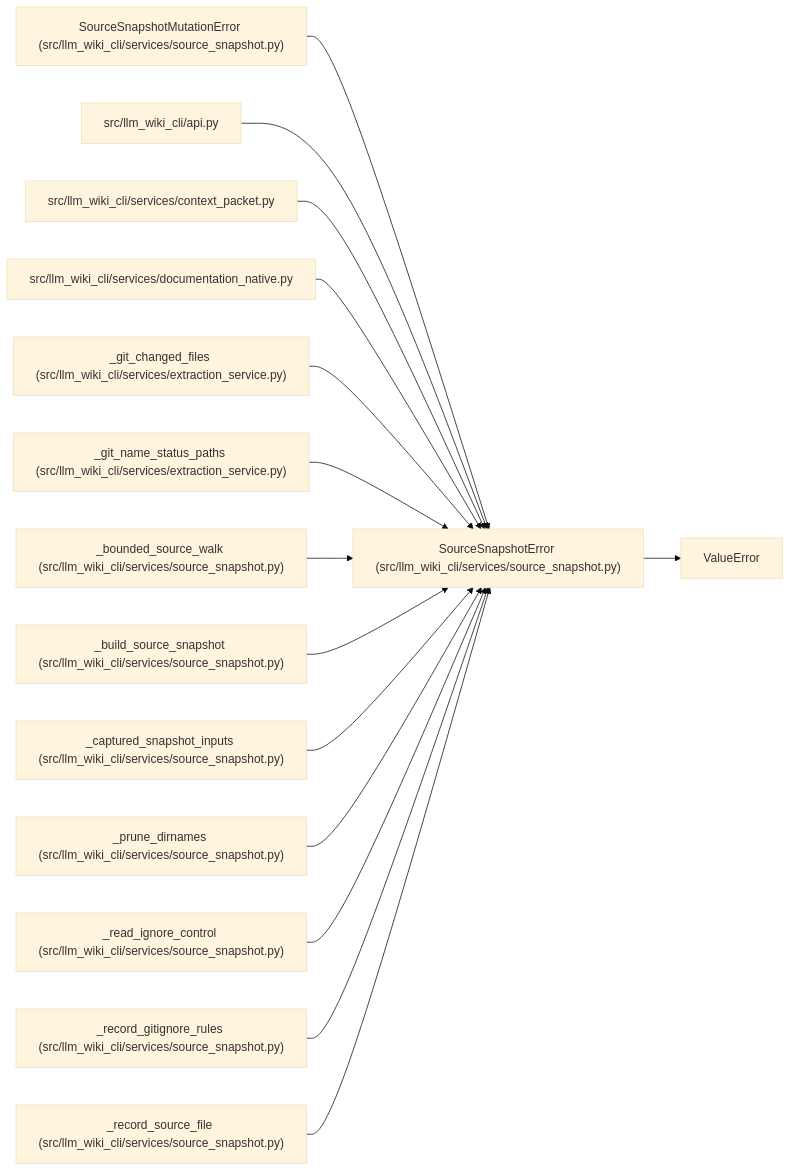
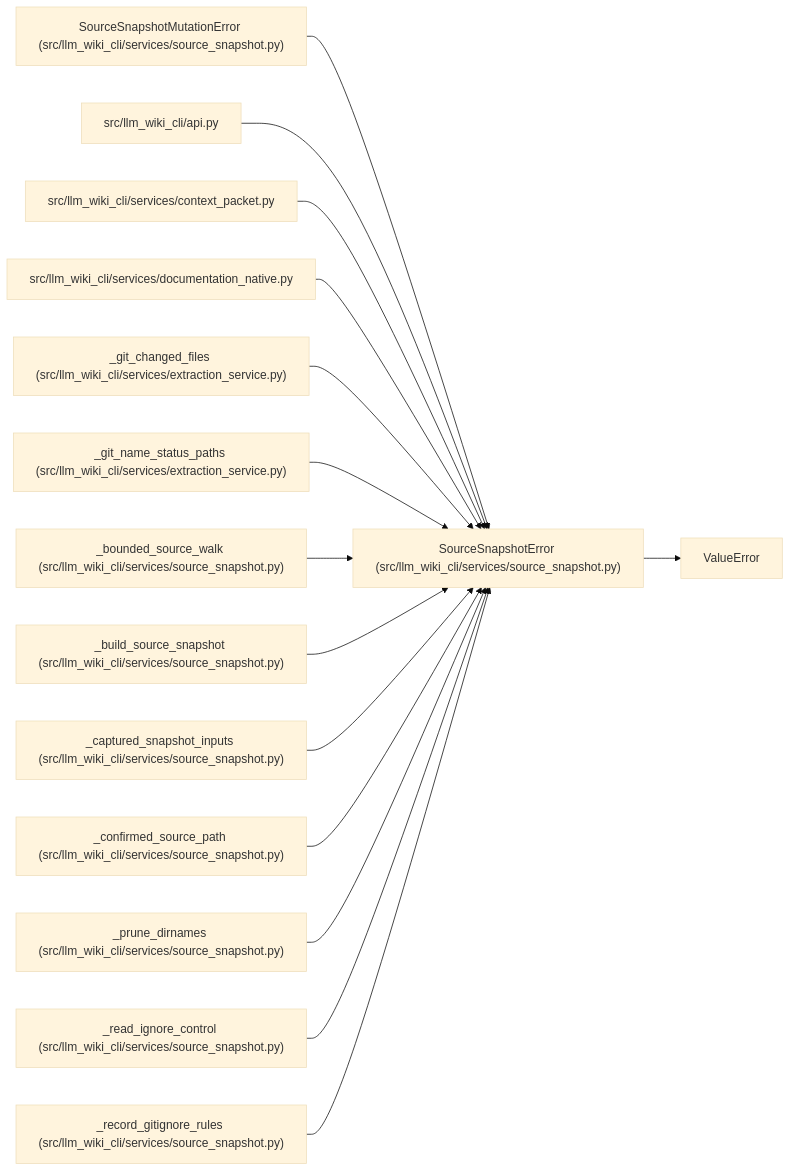
Before and after one commit to Denissvgn/python-wiki-llm: the diagram in docs/llm_wiki/entities/SourceSnapshotError.md, drawn with Mermaid (base theme). The commit also changed other lines of this file and 1410 other files, not shown here.

First line of the commit message:
Add source-grounded task guides and re-anchor the maintained wiki

````diff
--- a/docs/llm_wiki/entities/SourceSnapshotError.md
+++ b/docs/llm_wiki/entities/SourceSnapshotError.md
@@ -25,46 +25,46 @@
 ```mermaid
 flowchart LR
     n0["SourceSnapshotError (src/llm_wiki_cli/services/source_snapshot.py)"]
     n1["ValueError"]
     n2["SourceSnapshotMutationError (src/llm_wiki_cli/services/source_snapshot.py)"]
     n3["src/llm_wiki_cli/api.py"]
     n4["src/llm_wiki_cli/services/context_packet.py"]
     n5["src/llm_wiki_cli/services/documentation_native.py"]
     n6["_git_changed_files (src/llm_wiki_cli/services/extraction_service.py)"]
     n7["_git_name_status_paths (src/llm_wiki_cli/services/extraction_service.py)"]
     n8["_bounded_source_walk (src/llm_wiki_cli/services/source_snapshot.py)"]
     n9["_build_source_snapshot (src/llm_wiki_cli/services/source_snapshot.py)"]
     n10["_captured_snapshot_inputs (src/llm_wiki_cli/services/source_snapshot.py)"]
-    n11["_prune_dirnames (src/llm_wiki_cli/services/source_snapshot.py)"]
-    n12["_read_ignore_control (src/llm_wiki_cli/services/source_snapshot.py)"]
-    n13["_record_gitignore_rules (src/llm_wiki_cli/services/source_snapshot.py)"]
-    n14["_record_source_file (src/llm_wiki_cli/services/source_snapshot.py)"]
+    n11["_confirmed_source_path (src/llm_wiki_cli/services/source_snapshot.py)"]
+    n12["_prune_dirnames (src/llm_wiki_cli/services/source_snapshot.py)"]
+    n13["_read_ignore_control (src/llm_wiki_cli/services/source_snapshot.py)"]
+    n14["_record_gitignore_rules (src/llm_wiki_cli/services/source_snapshot.py)"]
     n0 --> n1
     n2 --> n0
     n3 --> n0
     n4 --> n0
     n5 --> n0
     n6 --> n0
     n7 --> n0
     n8 --> n0
     n9 --> n0
     n10 --> n0
     n11 --> n0
     n12 --> n0
     n13 --> n0
     n14 --> n0
     click n0 "../modules/source_snapshot.md"
     click n2 "../modules/source_snapshot.md"
     click n3 "../modules/api.md"
     click n4 "../modules/context_packet.md"
     click n5 "../modules/documentation_native.md"
     click n6 "../modules/extraction_service.md"
     click n7 "../modules/extraction_service.md"
     click n8 "../modules/source_snapshot.md"
     click n9 "../modules/source_snapshot.md"
     click n10 "../modules/source_snapshot.md"
     click n11 "../modules/source_snapshot.md"
     click n12 "../modules/source_snapshot.md"
     click n13 "../modules/source_snapshot.md"
     click n14 "../modules/source_snapshot.md"
 ```
````
